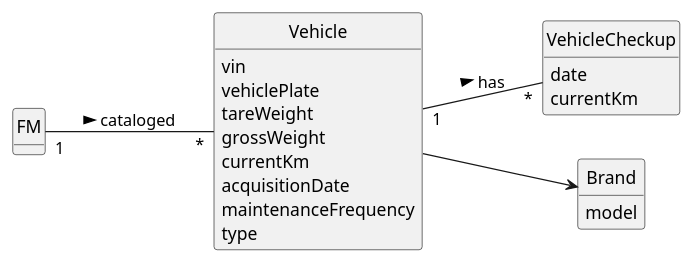
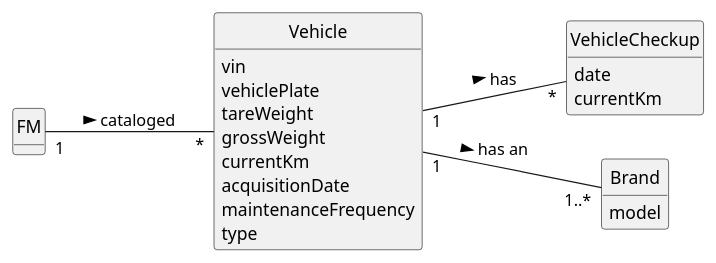
One commit to ricardomm7/leaflink changed the diagram in docs/sprintA/us008/02.analysis/puml/us008-domain-model.puml. Above: the diagram before and after it, drawn with PlantUML. The commit also changed 14 other files, not shown here.

```diff
--- a/docs/sprintA/us008/02.analysis/puml/us008-domain-model.puml
+++ b/docs/sprintA/us008/02.analysis/puml/us008-domain-model.puml
@@ -1,39 +1,39 @@
 @startuml
 skinparam monochrome true
 skinparam packageStyle rectangle
 skinparam shadowing false
 
 skinparam classAttributeIconSize 0
 left to right direction
 
 hide circle
 hide methods
 
 class FM {
 }
 
 class VehicleCheckup {
     date
     currentKm
 }
 
 class Vehicle {
 vin
 vehiclePlate
 tareWeight
 grossWeight
 currentKm
 acquisitionDate
 maintenanceFrequency
 type
 }
 
 class Brand {
 model
 }
 
 
-Vehicle --> Brand
+Vehicle "1"-- "1..*" Brand: has an >
 FM "1" -- "*" Vehicle : cataloged >
 Vehicle "1" -- "*" VehicleCheckup : has >
 @enduml
```
